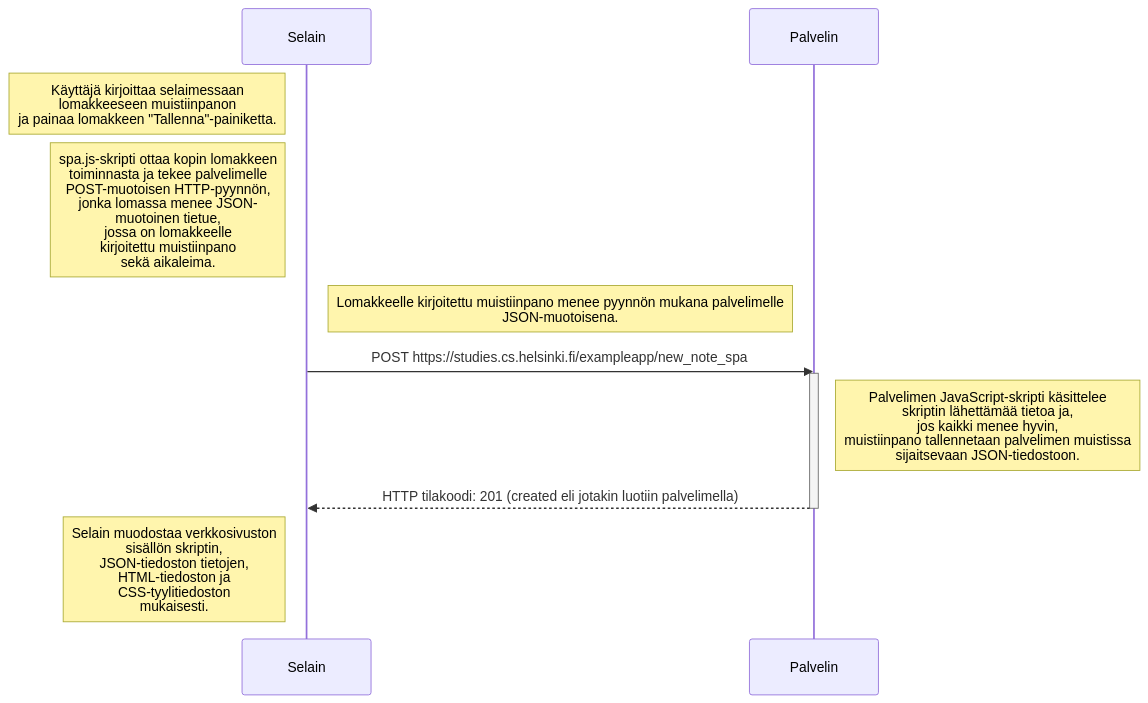
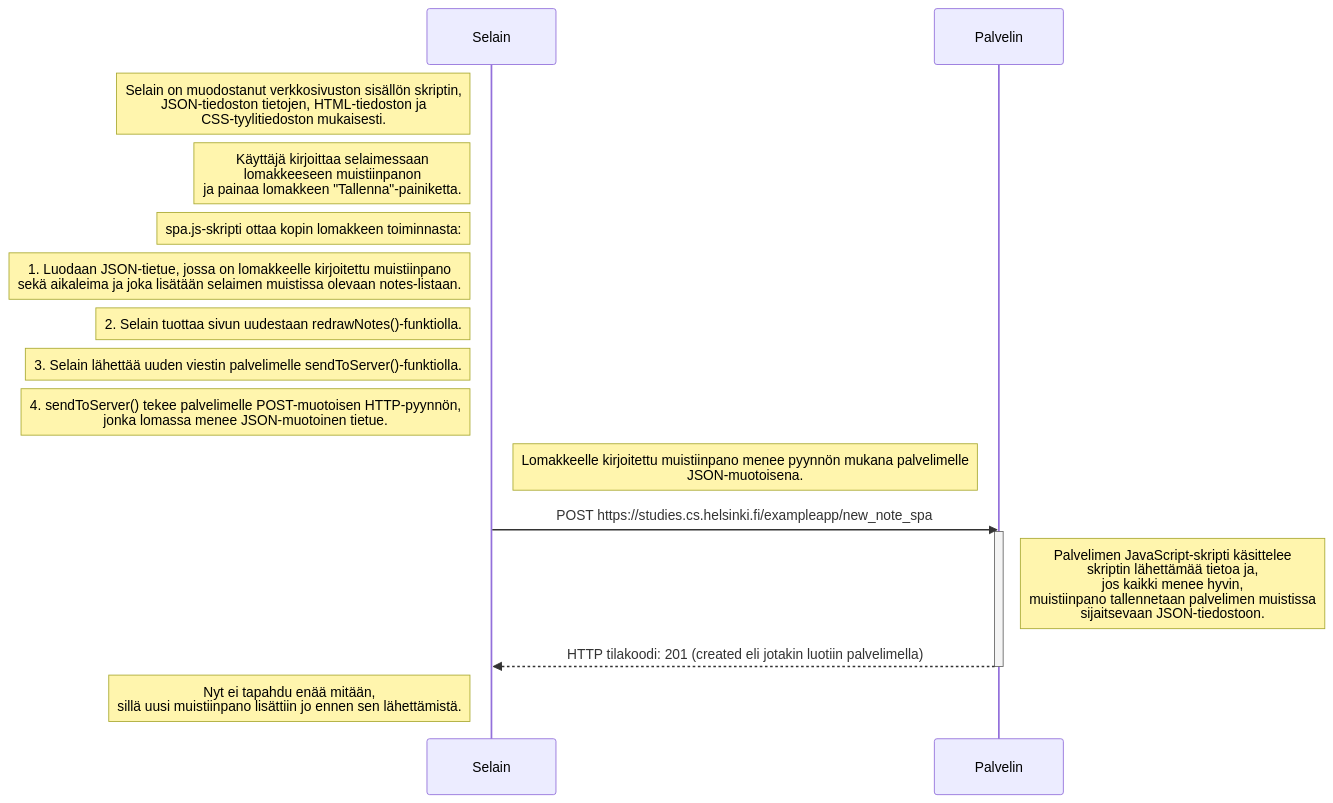
Before and after one commit to shamaanikala/FullStack-HY-k2023: the diagram in osa0/T0.6.md, drawn with Mermaid. The commit also changed other lines of this file, not shown here.

Commit message:
Vastauksen viilausta

````diff
--- a/osa0/T0.6.md
+++ b/osa0/T0.6.md
@@ -1,17 +1,23 @@
 ```mermaid
 sequenceDiagram
     participant Selain
     participant Palvelin
     
+     Note left of Selain: Selain on muodostanut verkkosivuston sisällön skriptin,<br>JSON-tiedoston tietojen, HTML-tiedoston ja<br>CSS-tyylitiedoston mukaisesti.
+    
     Note left of Selain: Käyttäjä kirjoittaa selaimessaan<br>lomakkeeseen muistiinpanon<br>ja painaa lomakkeen "Tallenna"-painiketta.
-    Note left of Selain: spa.js-skripti ottaa kopin lomakkeen<br>toiminnasta ja tekee palvelimelle<br>POST-muotoisen HTTP-pyynnön,<br>jonka lomassa menee JSON-<br>muotoinen tietue,<br>jossa on lomakkeelle<br>kirjoitettu muistiinpano<br>sekä aikaleima.
+    Note left of Selain: spa.js-skripti ottaa kopin lomakkeen toiminnasta:
+    Note left of Selain: 1. Luodaan JSON-tietue, jossa on lomakkeelle kirjoitettu muistiinpano<br>sekä aikaleima ja joka lisätään selaimen muistissa olevaan notes-listaan.
+    Note left of Selain: 2. Selain tuottaa sivun uudestaan redrawNotes()-funktiolla.
+    Note left of Selain: 3. Selain lähettää uuden viestin palvelimelle sendToServer()-funktiolla.
+    Note left of Selain: 4. sendToServer() tekee palvelimelle POST-muotoisen HTTP-pyynnön,<br>jonka lomassa menee JSON-muotoinen tietue.
     
     Note right of Selain: Lomakkeelle kirjoitettu muistiinpano menee pyynnön mukana palvelimelle<br>JSON-muotoisena.
     Selain->>Palvelin: POST https://studies.cs.helsinki.fi/exampleapp/new_note_spa
     activate Palvelin
     Note right of Palvelin: Palvelimen JavaScript-skripti käsittelee<br>skriptin lähettämää tietoa ja,<br>jos kaikki menee hyvin,<br>muistiinpano tallennetaan palvelimen muistissa<br>sijaitsevaan JSON-tiedostoon.
     Palvelin-->>Selain: HTTP tilakoodi: 201 (created eli jotakin luotiin palvelimella)
     deactivate Palvelin
     
-    Note left of Selain: Selain muodostaa verkkosivuston<br>sisällön skriptin,<br>JSON-tiedoston tietojen,<br>HTML-tiedoston ja<br>CSS-tyylitiedoston<br>mukaisesti.
+    Note left of Selain: Nyt ei tapahdu enää mitään,<br>sillä uusi muistiinpano lisättiin jo ennen sen lähettämistä.
 ```
````
